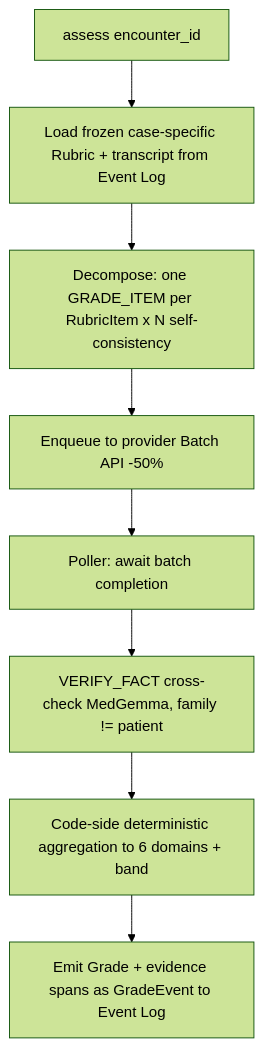
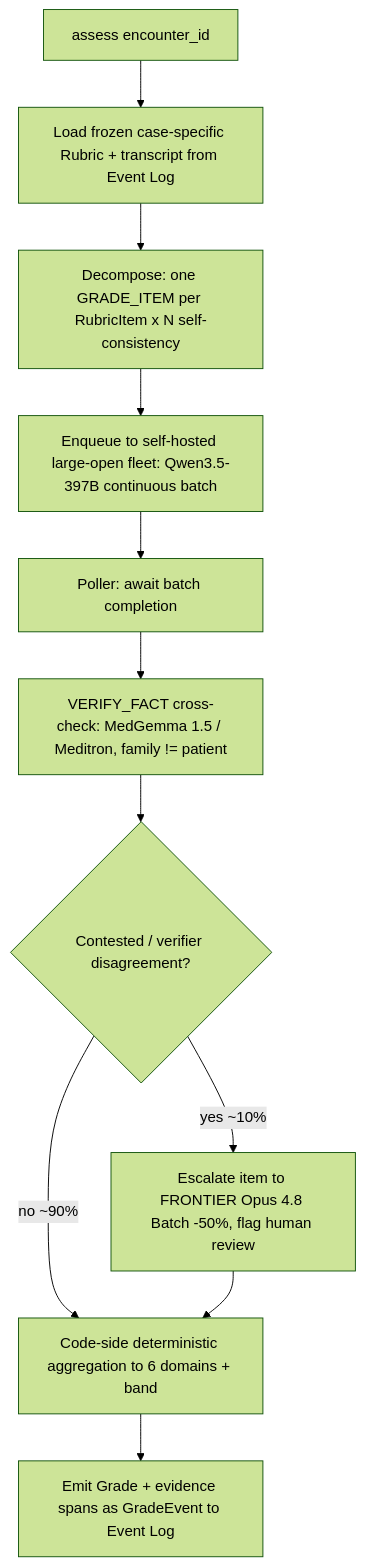
The third of 3 diagrams in docs/architecture/02-model-gateway-and-routing.md (ArioMoniri/acudx-simulation), drawn with Mermaid (forest theme) before and after one commit. The commit also changed other lines of this file and 13 other files, not shown here.

````diff
--- a/docs/architecture/02-model-gateway-and-routing.md
+++ b/docs/architecture/02-model-gateway-and-routing.md
@@ -170,10 +193,13 @@
 ```mermaid
 flowchart TD
   A[assess encounter_id] --> B[Load frozen case-specific Rubric + transcript from Event Log]
   B --> C[Decompose: one GRADE_ITEM per RubricItem x N self-consistency]
-  C --> D[Enqueue to provider Batch API -50%]
+  C --> D[Enqueue to self-hosted large-open fleet: Qwen3.5-397B continuous batch]
   D --> E[Poller: await batch completion]
-  E --> F[VERIFY_FACT cross-check MedGemma, family != patient]
-  F --> G[Code-side deterministic aggregation to 6 domains + band]
+  E --> F[VERIFY_FACT cross-check: MedGemma 1.5 / Meditron, family != patient]
+  F --> M{Contested / verifier disagreement?}
+  M -->|no ~90%| G[Code-side deterministic aggregation to 6 domains + band]
+  M -->|yes ~10%| Q[Escalate item to FRONTIER Opus 4.8 Batch -50%, flag human review]
+  Q --> G
   G --> H[Emit Grade + evidence spans as GradeEvent to Event Log]
 ```
````
